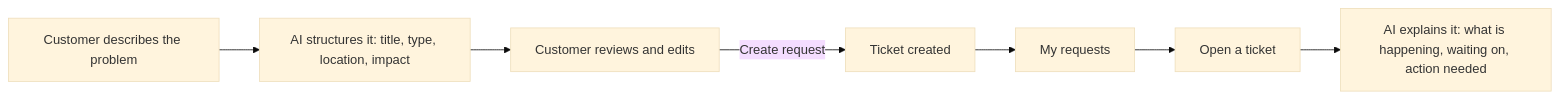
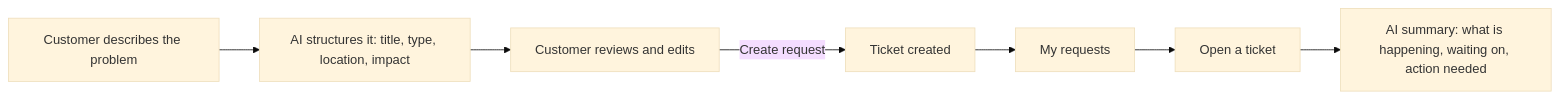
The first of 2 diagrams in README.md (chokonaira/PragHack), drawn with Mermaid (base theme) before and after one commit. The commit also changed other lines of this file and 6 other files, not shown here.

````diff
--- a/README.md
+++ b/README.md
@@ -31,9 +24,9 @@
 ```mermaid
 flowchart LR
     A["Customer describes the problem"] --> B["AI structures it: title, type, location, impact"]
     B --> C["Customer reviews and edits"]
     C -->|"Create request"| D["Ticket created"]
     D --> E["My requests"]
     E --> F["Open a ticket"]
-    F --> G["AI explains it: what is happening, waiting on, action needed"]
+    F --> G["AI summary: what is happening, waiting on, action needed"]
 ```
````
